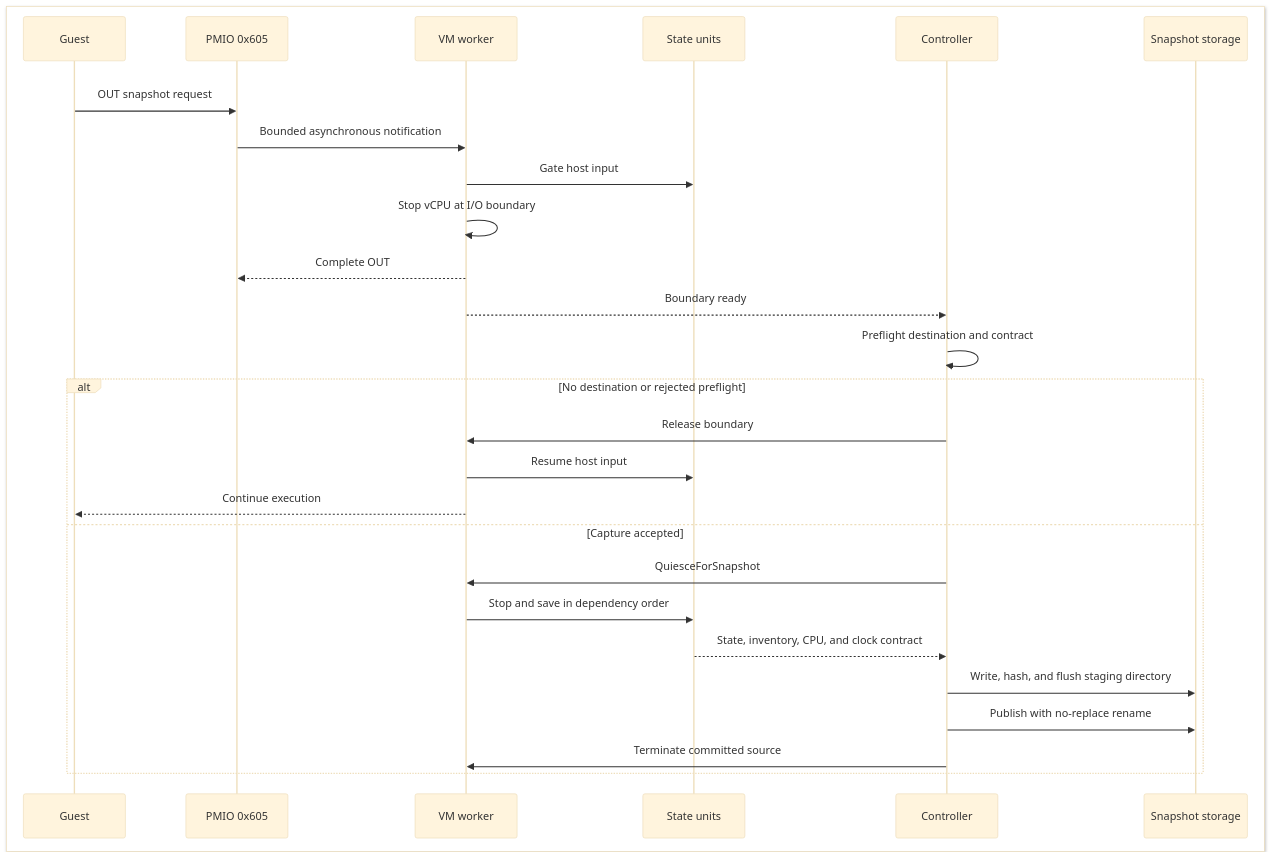
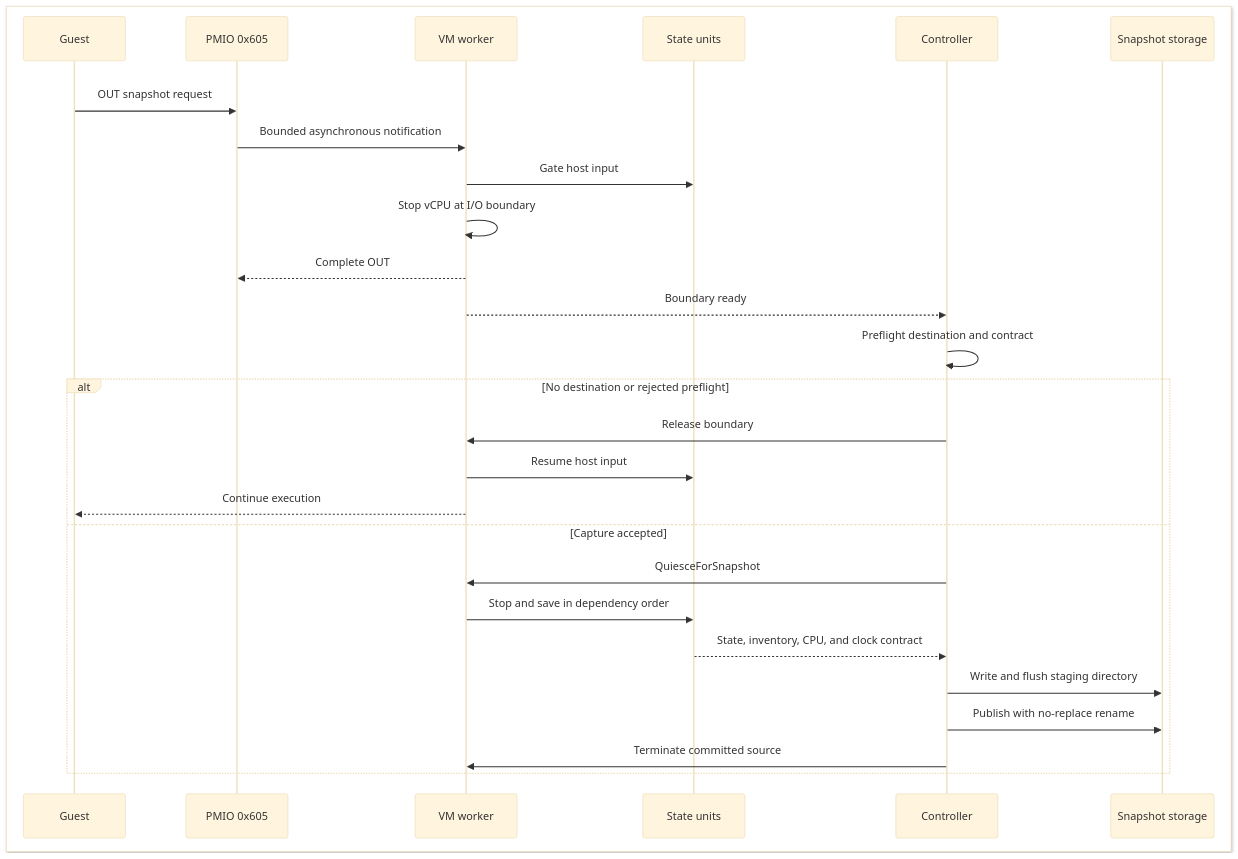
One commit to microsoft/nvx changed the fourth of 7 diagrams in doc/design.md. Above: the diagram before and after it, drawn with Mermaid. The commit also changed other lines of this file and 2 other files, not shown here.

````diff
--- a/doc/design.md
+++ b/doc/design.md
@@ -385,34 +385,34 @@
 ```mermaid
 %%{init: {"theme": "base", "themeVariables": {"background": "#ffffff"}}}%%
 sequenceDiagram
    box rgb(255, 255, 255)
    participant Guest
    participant Port as PMIO 0x605
    participant Worker as VM worker
    participant Units as State units
    participant Controller
    participant Storage as Snapshot storage
    end
 
    rect rgb(255, 255, 255)
    Guest->>Port: OUT snapshot request
    Port->>Worker: Bounded asynchronous notification
    Worker->>Units: Gate host input
    Worker->>Worker: Stop vCPU at I/O boundary
    Worker-->>Port: Complete OUT
    Worker-->>Controller: Boundary ready
    Controller->>Controller: Preflight destination and contract
    alt No destination or rejected preflight
       Controller->>Worker: Release boundary
       Worker->>Units: Resume host input
       Worker-->>Guest: Continue execution
    else Capture accepted
       Controller->>Worker: QuiesceForSnapshot
       Worker->>Units: Stop and save in dependency order
       Units-->>Controller: State, inventory, CPU, and clock contract
-      Controller->>Storage: Write, hash, and flush staging directory
+      Controller->>Storage: Write and flush staging directory
       Controller->>Storage: Publish with no-replace rename
       Controller->>Worker: Terminate committed source
    end
    end
 ```
````
